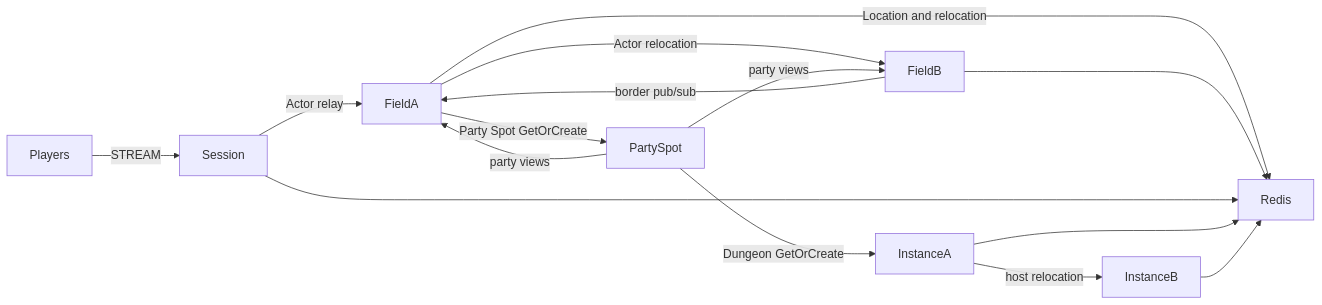
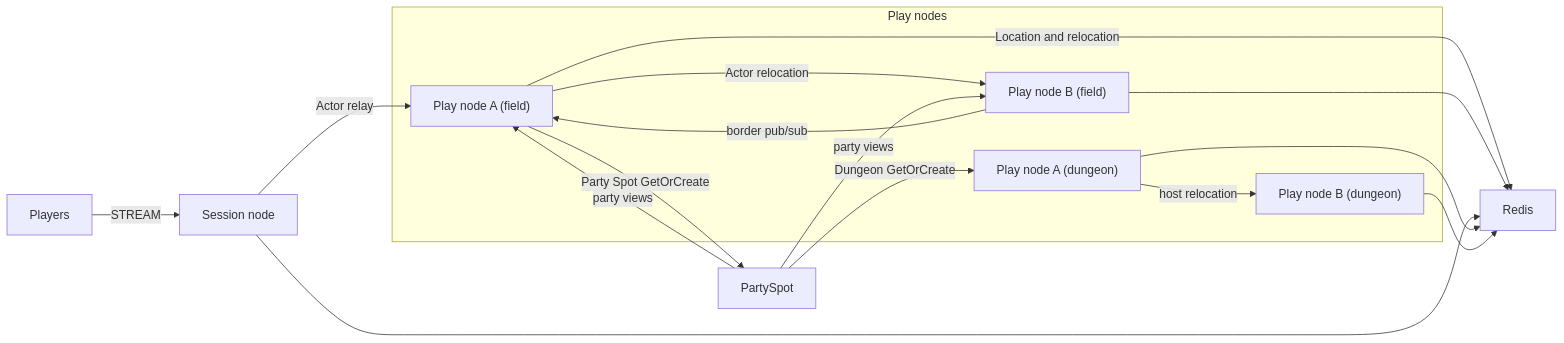
Before and after one commit to zlink-systems/zlink: the diagram in framework/languages/cpp/templates/morpg-fields-instances/my-game/README.md, drawn with Mermaid. The commit also changed other lines of this file and 223 other files, not shown here.

First line of the commit message:
docs(templates): 모든 템플릿의 노드 이름을 Session node · Play node · API node로 (#5350)

````diff
--- a/framework/languages/cpp/templates/morpg-fields-instances/my-game/README.md
+++ b/framework/languages/cpp/templates/morpg-fields-instances/my-game/README.md
@@ -5,17 +5,23 @@
 ```mermaid
 flowchart LR
-  Players -->|STREAM| Session
+  subgraph playNodes["Play nodes"]
+    FieldA["Play node A (field)"]
+    FieldB["Play node B (field)"]
+    InstanceA["Play node A (dungeon)"]
+    InstanceB["Play node B (dungeon)"]
+  end
+  Players -->|STREAM| Session["Session node"]
   Session -->|Actor relay| FieldA
   FieldA -->|Actor relocation| FieldB
   FieldB -->|border pub/sub| FieldA
   FieldA -->|Party Spot GetOrCreate| PartySpot
   PartySpot -->|Dungeon GetOrCreate| InstanceA
   PartySpot -->|party views| FieldA
   PartySpot -->|party views| FieldB
   InstanceA -->|host relocation| InstanceB
   FieldA -->|Location and relocation| Redis
   FieldB --> Redis
   Session --> Redis
   InstanceA --> Redis
   InstanceB --> Redis
 ```
````
